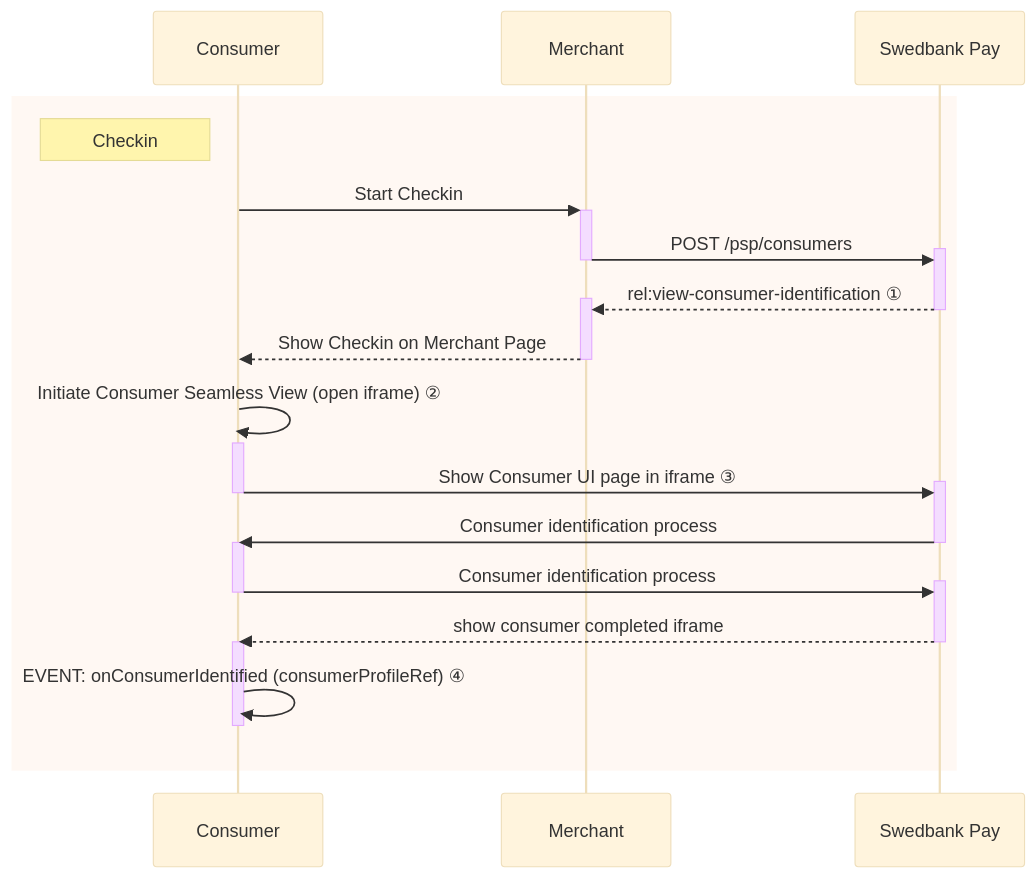
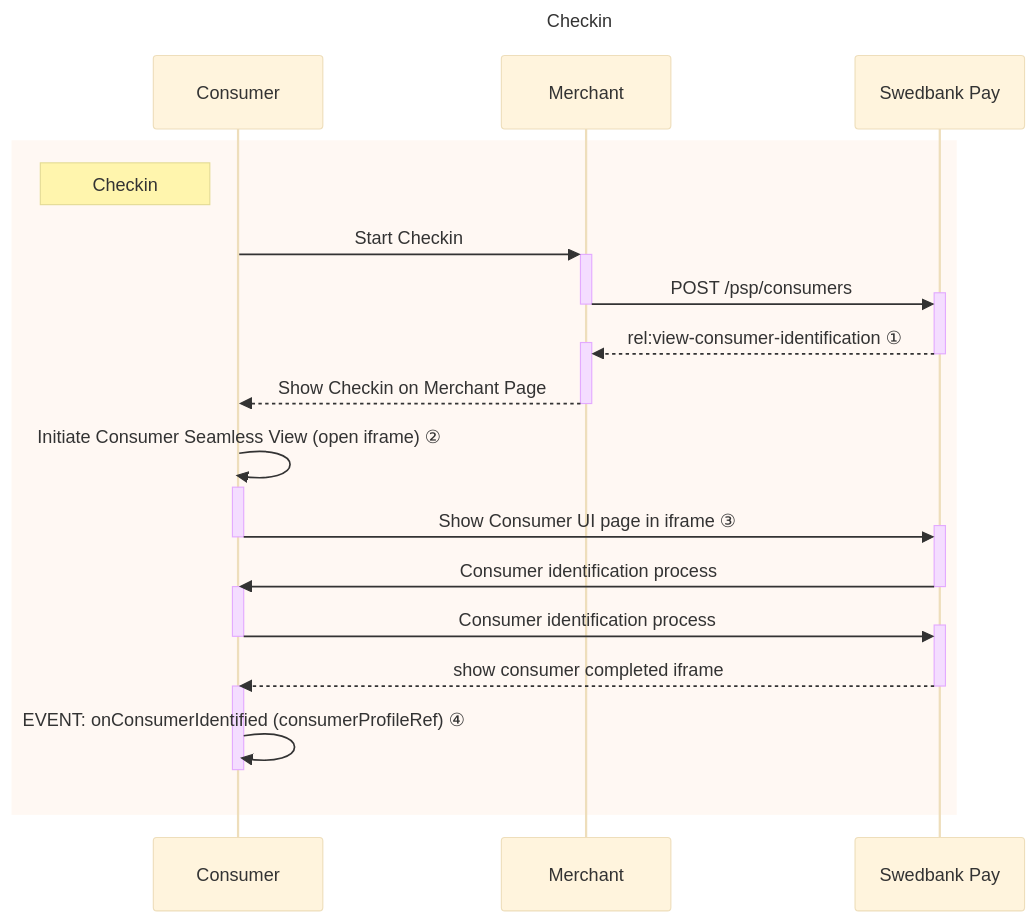
One commit to SwedbankPay/developer.swedbankpay.com changed the diagram in old-implementations/checkout-v2/checkin.md. Above: the diagram before and after it, drawn with Mermaid (base theme). The commit also changed 66 other files, not shown here.

Commit message:
Added titles in sequence diagrams

````diff
--- a/old-implementations/checkout-v2/checkin.md
+++ b/old-implementations/checkout-v2/checkin.md
@@ -290,29 +290,30 @@
 ```mermaid
 sequenceDiagram
+title: Checkin
     participant Consumer
     participant Merchant
     participant SwedbankPay as Swedbank Pay
 
         rect rgba(238, 112, 35, 0.05)
             note left of Consumer: Checkin
 
     Consumer ->>+ Merchant: Start Checkin
     Merchant ->>+ SwedbankPay: POST /psp/consumers
     deactivate Merchant
     SwedbankPay -->>+ Merchant: rel:view-consumer-identification ①
     deactivate SwedbankPay
     Merchant -->>- Consumer: Show Checkin on Merchant Page
 
     Consumer ->>+ Consumer: Initiate Consumer Seamless View (open iframe) ②
     Consumer ->>+ SwedbankPay: Show Consumer UI page in iframe ③
     deactivate Consumer
     SwedbankPay ->>- Consumer: Consumer identification process
     activate Consumer
     Consumer ->>+ SwedbankPay: Consumer identification process
     deactivate Consumer
     SwedbankPay -->>- Consumer: show consumer completed iframe
     activate Consumer
     Consumer ->> Consumer: EVENT: onConsumerIdentified (consumerProfileRef) ④
     deactivate Consumer
     end
 ```
````
